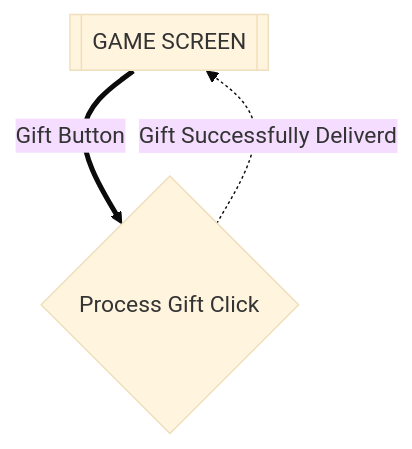
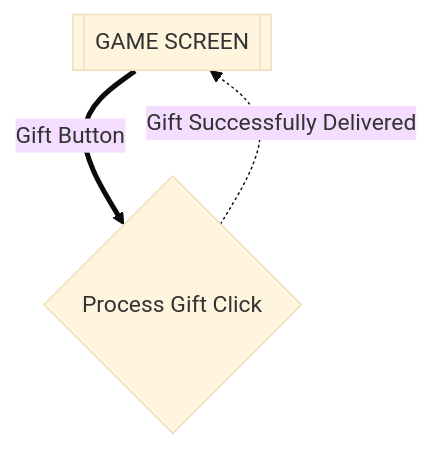
The first of 2 diagrams in flows.md (umangmehta0007/Clicker), drawn with Mermaid (base theme) before and after one commit. The commit also changed 1 other file, not shown here.

Commit message:
Some spell checks were made before the submit

````diff
--- a/flows.md
+++ b/flows.md
@@ -13,12 +13,12 @@
 ```mermaid
 
 flowchart
         
     hs[[GAME SCREEN]]
     clicked{Process Gift Click}
     
     hs == Gift Button ==> clicked
-    clicked -.Gift Successfully Deliverd.->hs
+    clicked -.Gift Successfully Delivered.->hs
     
     
 ```
````
